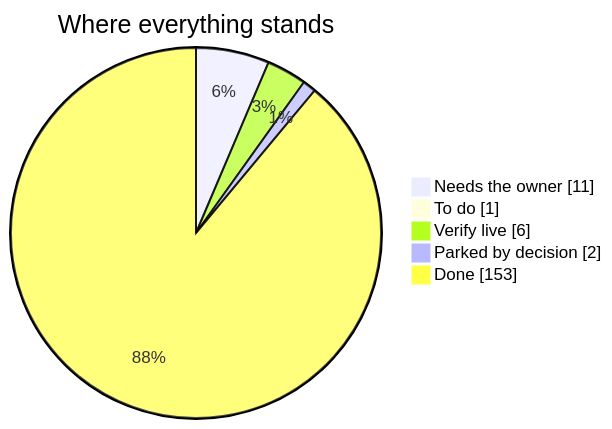
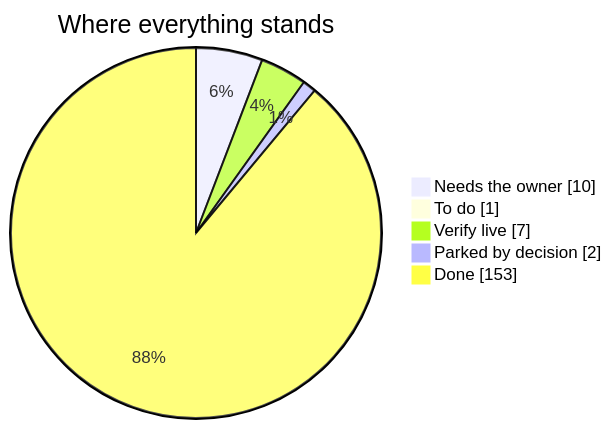
One commit to divitkej/gradlink changed the diagram in launch-board/README.md. Above: the diagram before and after it, drawn with Mermaid. The commit also changed other lines of this file and 6 other files, not shown here.

````diff
--- a/launch-board/README.md
+++ b/launch-board/README.md
@@ -11,9 +11,9 @@
 ```mermaid
 pie showData
   title Where everything stands
-  "Needs the owner" : 11
+  "Needs the owner" : 10
   "To do" : 1
-  "Verify live" : 6
+  "Verify live" : 7
   "Parked by decision" : 2
   "Done" : 153
 ```
````
